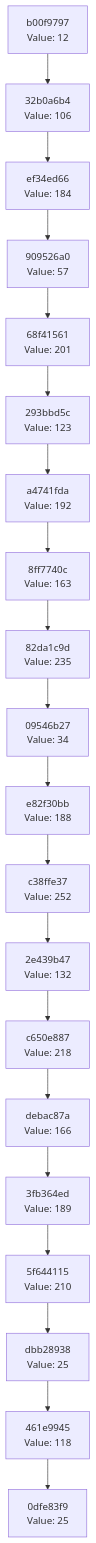
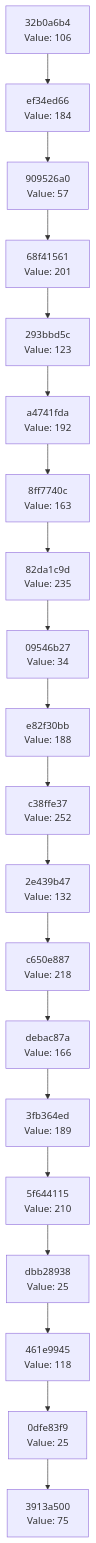
Before and after one commit to Abhisheksinha1506/hash-chain-evolver: the diagram in docs/CHAIN_VISUALIZATION.md, drawn with Mermaid. The commit also changed 1 other file, not shown here.

Commit message:
Evolution Step

````diff
--- a/docs/CHAIN_VISUALIZATION.md
+++ b/docs/CHAIN_VISUALIZATION.md
@@ -3,42 +3,42 @@
 ```mermaid
 graph TD
-    C0["0dfe83f9<br/>Value: 25"]
-    C1["461e9945<br/>Value: 118"]
+    C0["3913a500<br/>Value: 75"]
+    C1["0dfe83f9<br/>Value: 25"]
     C1 --> C0
-    C2["dbb28938<br/>Value: 25"]
+    C2["461e9945<br/>Value: 118"]
     C2 --> C1
-    C3["5f644115<br/>Value: 210"]
+    C3["dbb28938<br/>Value: 25"]
     C3 --> C2
-    C4["3fb364ed<br/>Value: 189"]
+    C4["5f644115<br/>Value: 210"]
     C4 --> C3
-    C5["debac87a<br/>Value: 166"]
+    C5["3fb364ed<br/>Value: 189"]
     C5 --> C4
-    C6["c650e887<br/>Value: 218"]
+    C6["debac87a<br/>Value: 166"]
     C6 --> C5
-    C7["2e439b47<br/>Value: 132"]
+    C7["c650e887<br/>Value: 218"]
     C7 --> C6
-    C8["c38ffe37<br/>Value: 252"]
+    C8["2e439b47<br/>Value: 132"]
     C8 --> C7
-    C9["e82f30bb<br/>Value: 188"]
+    C9["c38ffe37<br/>Value: 252"]
     C9 --> C8
-    C10["09546b27<br/>Value: 34"]
+    C10["e82f30bb<br/>Value: 188"]
     C10 --> C9
-    C11["82da1c9d<br/>Value: 235"]
+    C11["09546b27<br/>Value: 34"]
     C11 --> C10
-    C12["8ff7740c<br/>Value: 163"]
+    C12["82da1c9d<br/>Value: 235"]
     C12 --> C11
-    C13["a4741fda<br/>Value: 192"]
+    C13["8ff7740c<br/>Value: 163"]
     C13 --> C12
-    C14["293bbd5c<br/>Value: 123"]
+    C14["a4741fda<br/>Value: 192"]
     C14 --> C13
-    C15["68f41561<br/>Value: 201"]
+    C15["293bbd5c<br/>Value: 123"]
     C15 --> C14
-    C16["909526a0<br/>Value: 57"]
+    C16["68f41561<br/>Value: 201"]
     C16 --> C15
-    C17["ef34ed66<br/>Value: 184"]
+    C17["909526a0<br/>Value: 57"]
     C17 --> C16
-    C18["32b0a6b4<br/>Value: 106"]
+    C18["ef34ed66<br/>Value: 184"]
     C18 --> C17
-    C19["b00f9797<br/>Value: 12"]
+    C19["32b0a6b4<br/>Value: 106"]
     C19 --> C18
 ```
````
